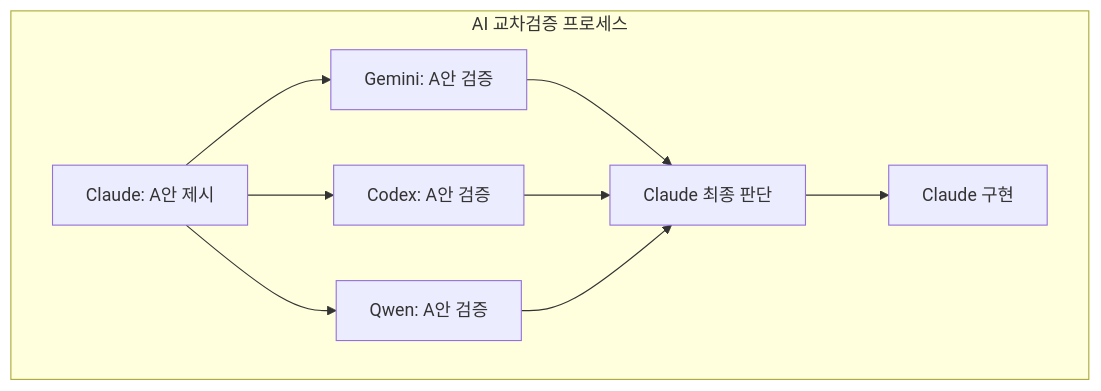
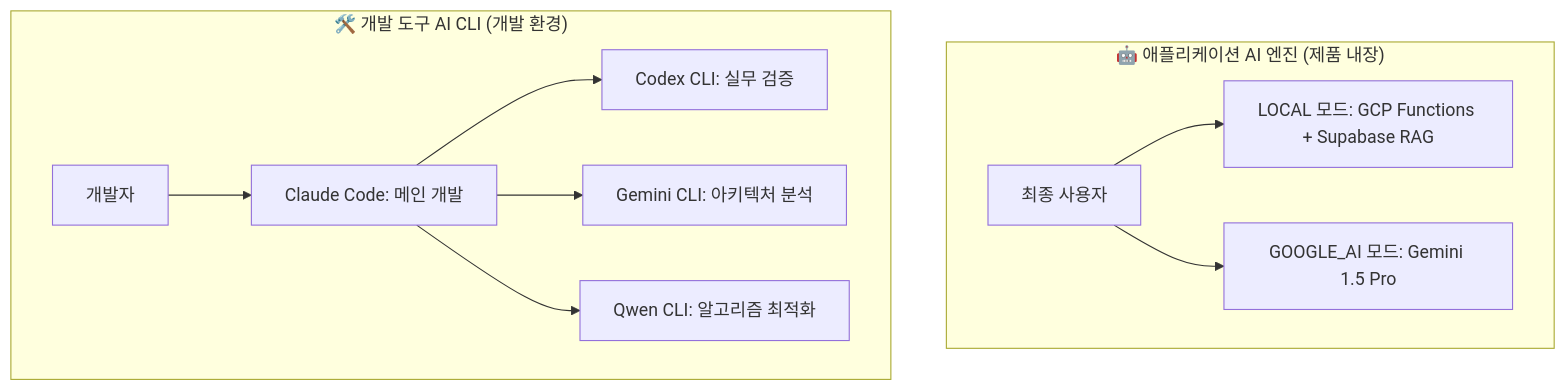
The diagram in docs/design/current/system-architecture-ai.md (skyasu2/openmanager-vibe-v5), drawn with Mermaid before and after one commit. The commit also changed other lines of this file and 1 other file, not shown here.

Commit message:
📚 docs: AI 시스템 이중 구조 문서화 개선
- CLAUDE.md: 애플리케이션 AI 엔진 섹션 추가 (2-AI 모드)
- system-architecture-ai.md: 이중 구조 다이어그램으로 개선
  - 애플리케이션 AI 엔진 vs 개발 도구 AI CLI 명확히 구분
  - LOCAL (GCP Functions + Supabase RAG) vs GOOGLE_AI 독립성 강조

🤖 Generated with [Claude Code](https://claude.ai/code)

````diff
--- a/docs/design/current/system-architecture-ai.md
+++ b/docs/design/current/system-architecture-ai.md
@@ -90,19 +90,21 @@
 ```mermaid
 graph TB
-    subgraph "AI 교차검증 프로세스"
-        CLAUDE[Claude: A안 제시]
-        GEMINI[Gemini: A안 검증]
-        CODEX[Codex: A안 검증] 
-        QWEN[Qwen: A안 검증]
-        
-        CLAUDE --> GEMINI
+    subgraph "🤖 애플리케이션 AI 엔진 (제품 내장)"
+        LOCAL[LOCAL 모드: GCP Functions + Supabase RAG]
+        GOOGLE[GOOGLE_AI 모드: Gemini 1.5 Pro]
+        USER[최종 사용자] --> LOCAL
+        USER --> GOOGLE
+    end
+
+    subgraph "🛠️ 개발 도구 AI CLI (개발 환경)"
+        CLAUDE[Claude Code: 메인 개발]
+        CODEX[Codex CLI: 실무 검증]
+        GEMINI_CLI[Gemini CLI: 아키텍처 분석]
+        QWEN[Qwen CLI: 알고리즘 최적화]
+
+        DEV[개발자] --> CLAUDE
         CLAUDE --> CODEX
+        CLAUDE --> GEMINI_CLI
         CLAUDE --> QWEN
-        
-        GEMINI --> DECISION[Claude 최종 판단]
-        CODEX --> DECISION
-        QWEN --> DECISION
-        
-        DECISION --> IMPLEMENTATION[Claude 구현]
     end
 ```
````
